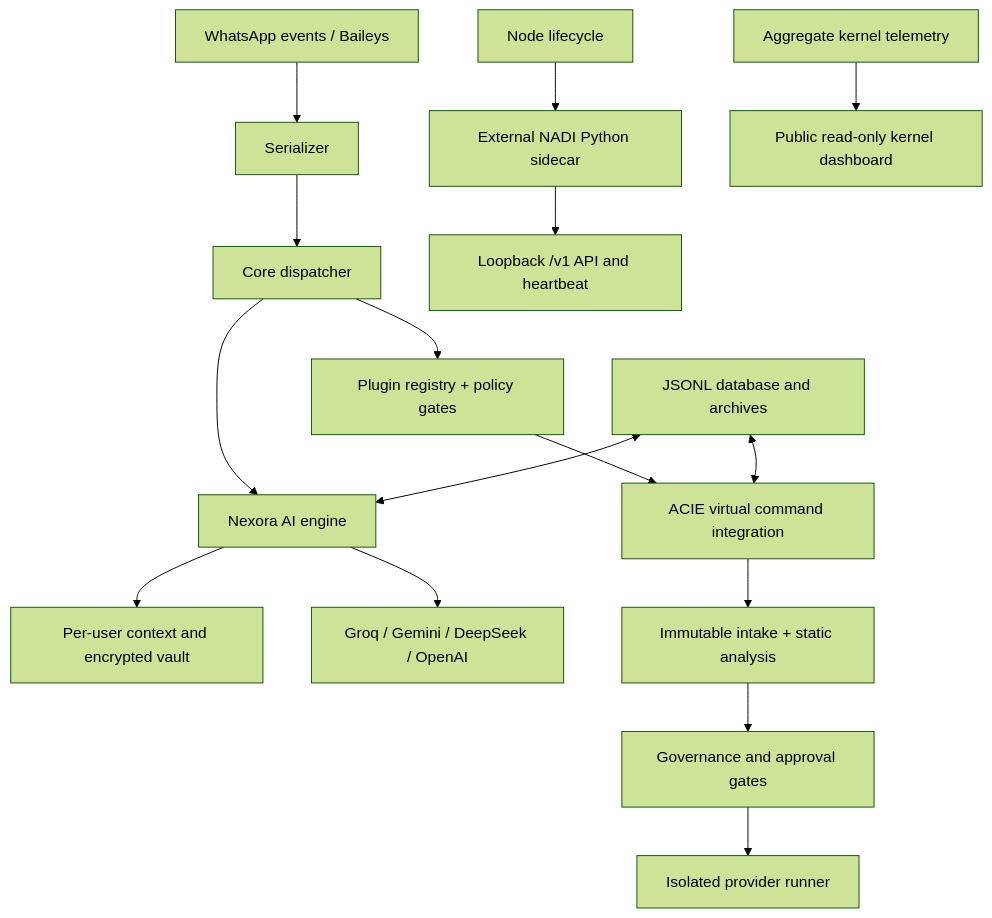
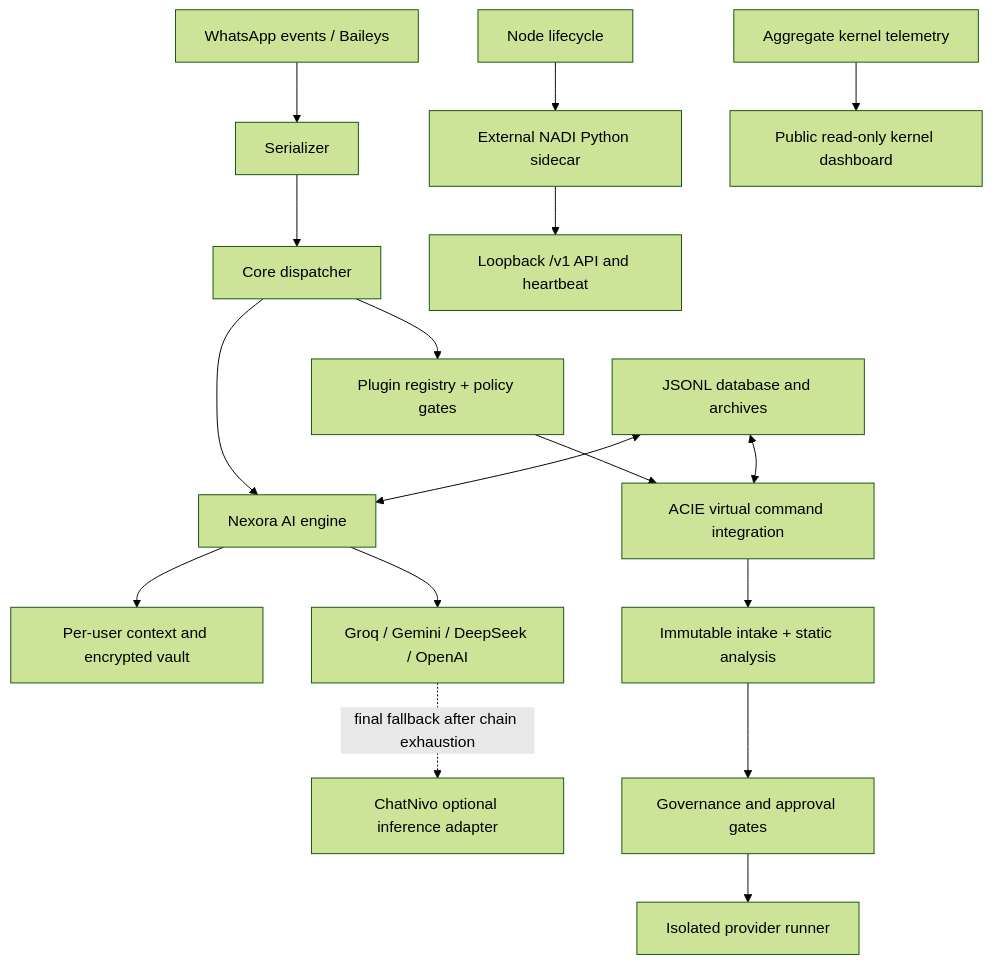
The first of 5 diagrams in README.md (razzaqinspires/ocha-lidya-whatsapp-bot), drawn with Mermaid (forest theme) before and after one commit. The commit also changed other lines of this file and 82 other files, not shown here.

````diff
--- a/README.md
+++ b/README.md
@@ -9,18 +9,19 @@
 ```mermaid
 flowchart TD
   WA[WhatsApp events / Baileys] --> SER[Serializer]
   SER --> DIS[Core dispatcher]
   DIS --> PL[Plugin registry + policy gates]
   DIS --> AI[Nexora AI engine]
   AI --> VAULT[Per-user context and encrypted vault]
   AI --> LLM[Groq / Gemini / DeepSeek / OpenAI]
+  LLM -. final fallback after chain exhaustion .-> CN[ChatNivo optional inference adapter]
   PL --> ACIE[ACIE virtual command integration]
   ACIE --> INTAKE[Immutable intake + static analysis]
   INTAKE --> GOV[Governance and approval gates]
   GOV --> SANDBOX[Isolated provider runner]
   DB[JSONL database and archives] <--> AI
   DB <--> ACIE
   BOOT[Node lifecycle] --> NADI[External NADI Python sidecar]
   NADI --> STATE[Loopback /v1 API and heartbeat]
   TEL[Aggregate kernel telemetry] --> WEB[Public read-only kernel dashboard]
 ```
````
